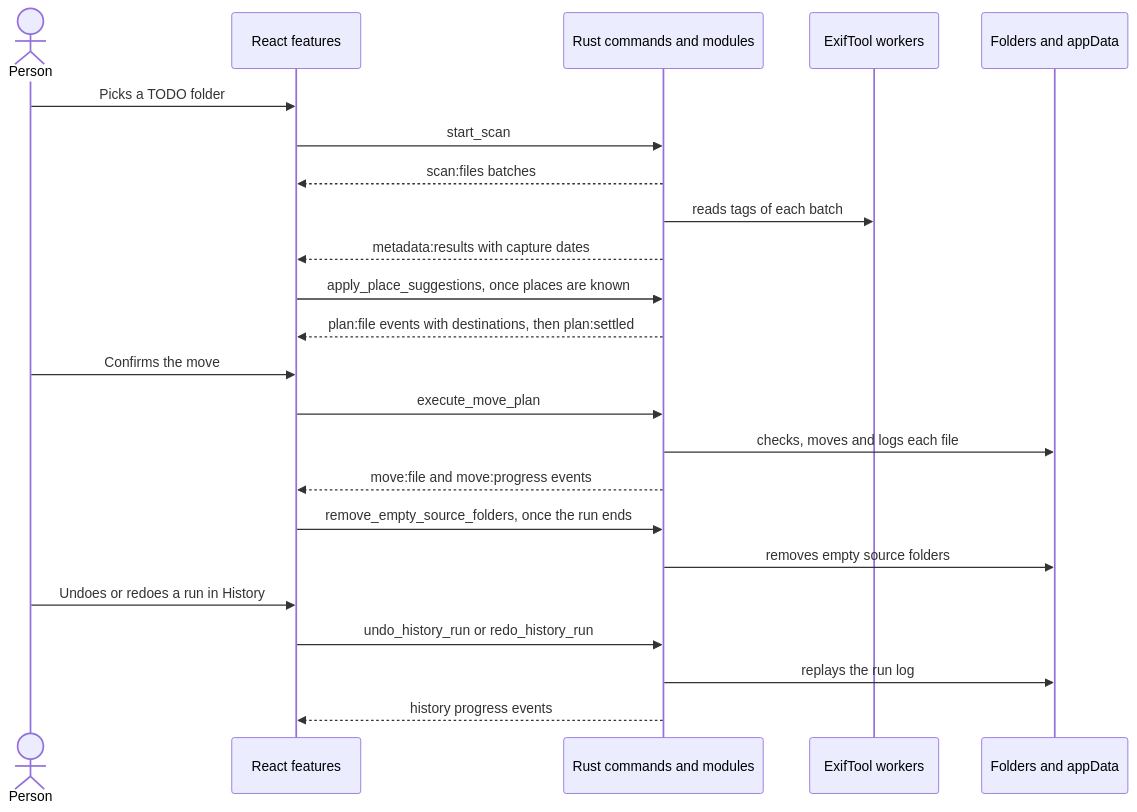
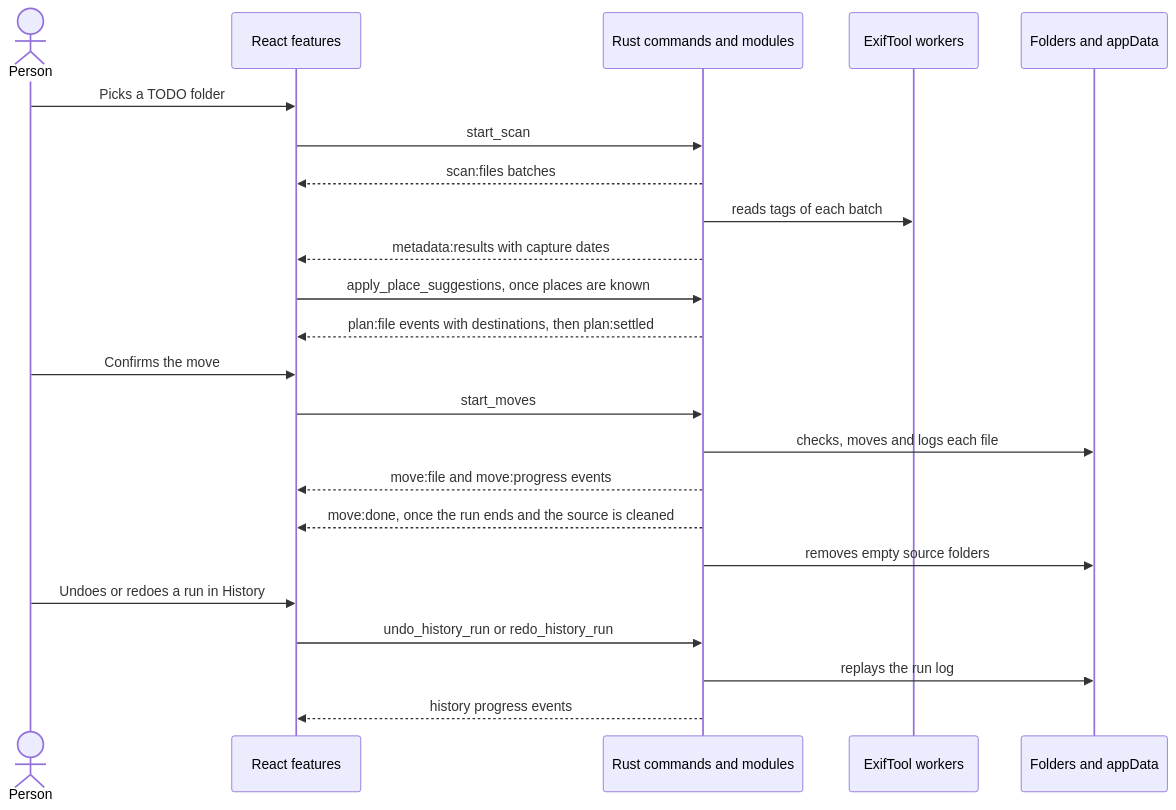
One commit to oleg-chibikov/media-organizer changed the second of 3 diagrams in docs/architecture.md. Above: the diagram before and after it, drawn with Mermaid. The commit also changed other lines of this file and 38 other files, not shown here.

First line of the commit message:
feat: run confirmed moves in Rust and clean the source when done

````diff
--- a/docs/architecture.md
+++ b/docs/architecture.md
@@ -36,25 +36,25 @@
 ```mermaid
 sequenceDiagram
   actor Person
   participant UI as React features
   participant Rust as Rust commands and modules
   participant Exif as ExifTool workers
   participant Disk as Folders and appData
   Person->>UI: Picks a TODO folder
   UI->>Rust: start_scan
   Rust-->>UI: scan:files batches
   Rust->>Exif: reads tags of each batch
   Rust-->>UI: metadata:results with capture dates
   UI->>Rust: apply_place_suggestions, once places are known
   Rust-->>UI: plan:file events with destinations, then plan:settled
   Person->>UI: Confirms the move
-  UI->>Rust: execute_move_plan
+  UI->>Rust: start_moves
   Rust->>Disk: checks, moves and logs each file
   Rust-->>UI: move:file and move:progress events
-  UI->>Rust: remove_empty_source_folders, once the run ends
+  Rust-->>UI: move:done, once the run ends and the source is cleaned
   Rust->>Disk: removes empty source folders
   Person->>UI: Undoes or redoes a run in History
   UI->>Rust: undo_history_run or redo_history_run
   Rust->>Disk: replays the run log
   Rust-->>UI: history progress events
 ```
````
